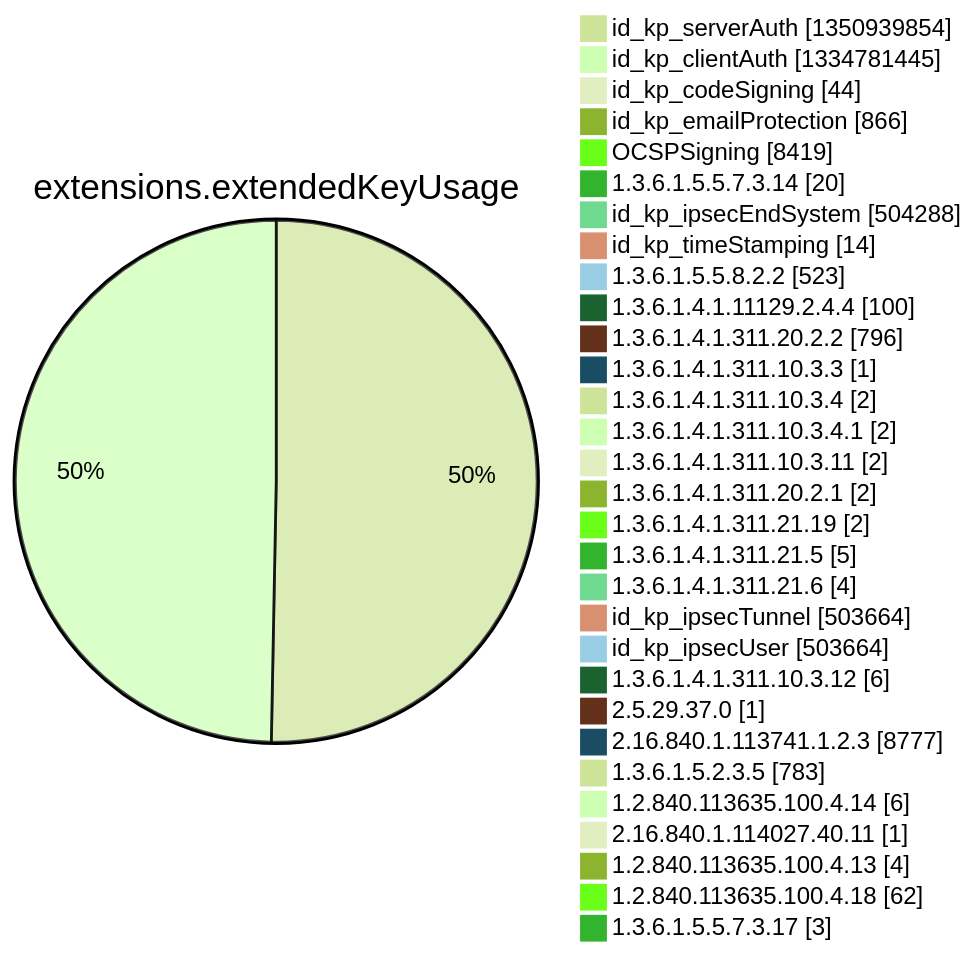
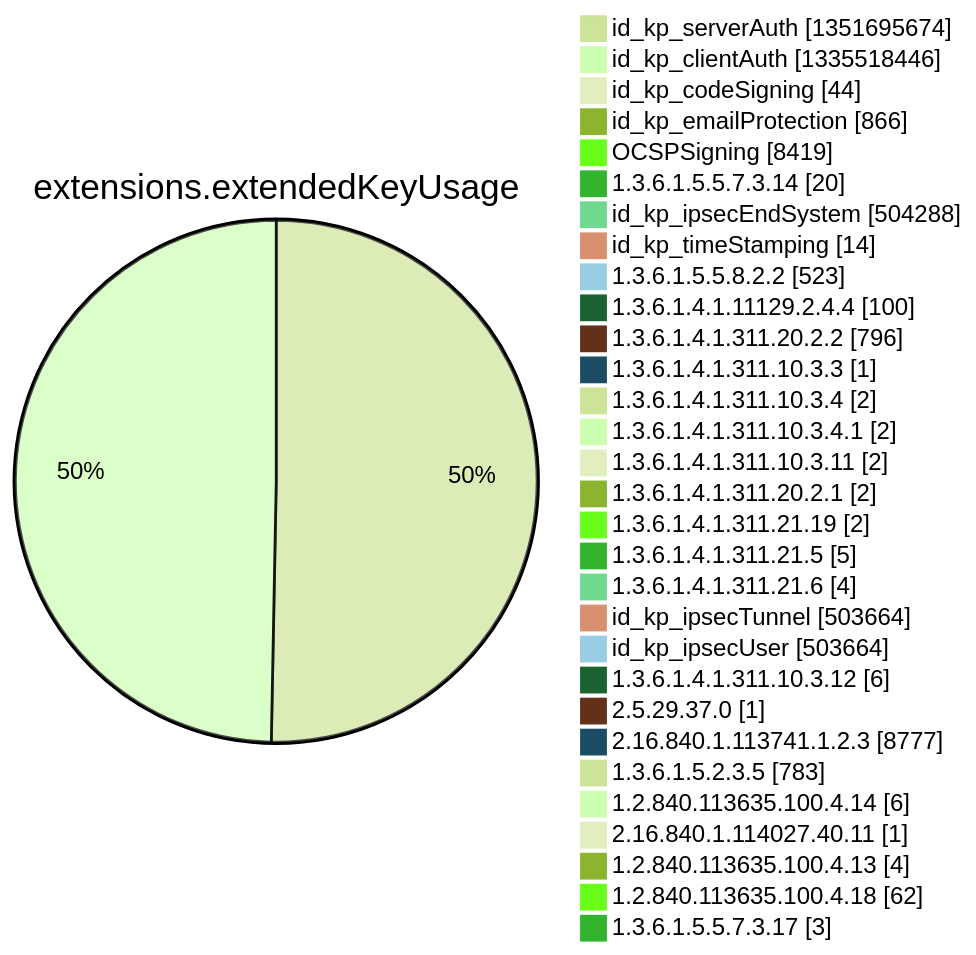
One commit to christiankrug/ctmonitor_visualization changed diagram 12 of 15 in argon2022/README.md. Above: the diagram before and after it, drawn with Mermaid (forest theme). The commit also changed other lines of this file, not shown here.

````diff
--- a/argon2022/README.md
+++ b/argon2022/README.md
@@ -3553,34 +3553,34 @@
 ```mermaid
 pie showData
 title extensions.extendedKeyUsage
-"id_kp_serverAuth" :1350939854
-"id_kp_clientAuth" :1334781445
+"id_kp_serverAuth" :1351695674
+"id_kp_clientAuth" :1335518446
 "id_kp_codeSigning" :44
 "id_kp_emailProtection" :866
 "OCSPSigning" :8419
 "1.3.6.1.5.5.7.3.14" :20
 "id_kp_ipsecEndSystem" :504288
 "id_kp_timeStamping" :14
 "1.3.6.1.5.5.8.2.2" :523
 "1.3.6.1.4.1.11129.2.4.4" :100
 "1.3.6.1.4.1.311.20.2.2" :796
 "1.3.6.1.4.1.311.10.3.3" :1
 "1.3.6.1.4.1.311.10.3.4" :2
 "1.3.6.1.4.1.311.10.3.4.1" :2
 "1.3.6.1.4.1.311.10.3.11" :2
 "1.3.6.1.4.1.311.20.2.1" :2
 "1.3.6.1.4.1.311.21.19" :2
 "1.3.6.1.4.1.311.21.5" :5
 "1.3.6.1.4.1.311.21.6" :4
 "id_kp_ipsecTunnel" :503664
 "id_kp_ipsecUser" :503664
 "1.3.6.1.4.1.311.10.3.12" :6
 "2.5.29.37.0" :1
 "2.16.840.1.113741.1.2.3" :8777
 "1.3.6.1.5.2.3.5" :783
 "1.2.840.113635.100.4.14" :6
 "2.16.840.1.114027.40.11" :1
 "1.2.840.113635.100.4.13" :4
 "1.2.840.113635.100.4.18" :62
 "1.3.6.1.5.5.7.3.17" :3
 ```
````
